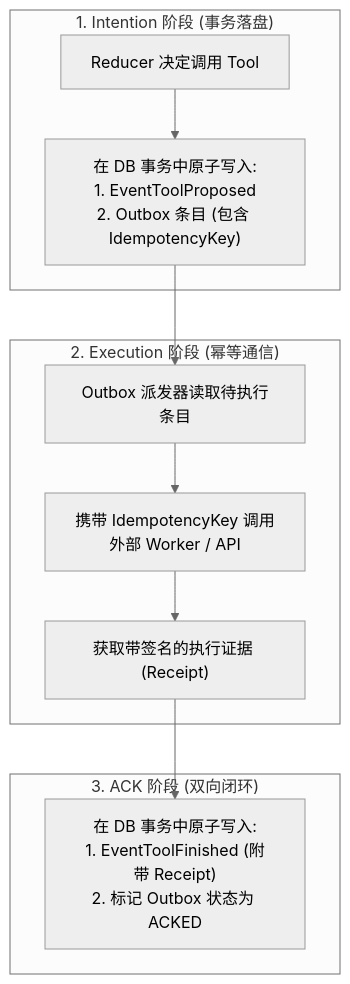
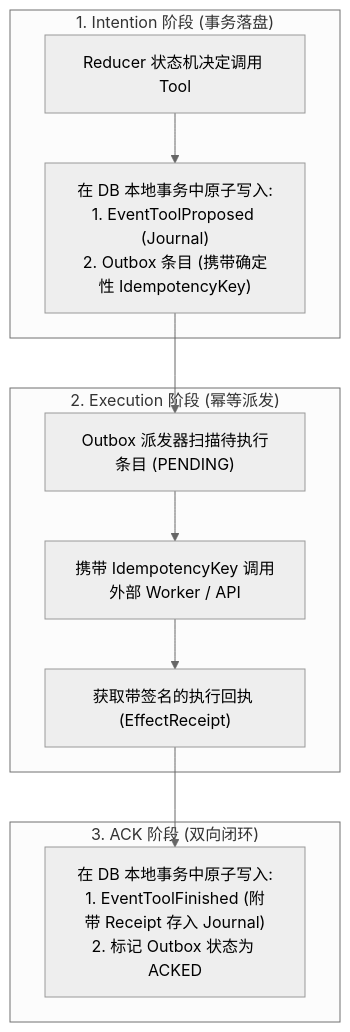
The second of 2 diagrams in content/posts/oract-02-reliable-effects-and-outbox.md (MoreConsequence/MoreConsequence.github.io), drawn with Mermaid (neutral theme) before and after one commit. The commit also changed other lines of this file and 11 other files, not shown here.

````diff
--- a/content/posts/oract-02-reliable-effects-and-outbox.md
+++ b/content/posts/oract-02-reliable-effects-and-outbox.md
@@ -48,16 +48,16 @@
 ```mermaid
 flowchart TD
     subgraph Phase1["1. Intention 阶段 (事务落盘)"]
-        Decide["Reducer 决定调用 Tool"] --> WriteOutbox["在 DB 事务中原子写入:<br/>1. EventToolProposed<br/>2. Outbox 条目 (包含 IdempotencyKey)"]
+        Decide["Reducer 状态机决定调用 Tool"] --> WriteOutbox["在 DB 本地事务中原子写入:<br/>1. EventToolProposed (Journal)<br/>2. Outbox 条目 (携带确定性 IdempotencyKey)"]
     end
 
-    subgraph Phase2["2. Execution 阶段 (幂等通信)"]
-        WriteOutbox --> Dispatcher["Outbox 派发器读取待执行条目"]
+    subgraph Phase2["2. Execution 阶段 (幂等派发)"]
+        WriteOutbox --> Dispatcher["Outbox 派发器扫描待执行条目 (PENDING)"]
         Dispatcher --> CallWorker["携带 IdempotencyKey 调用外部 Worker / API"]
-        CallWorker --> GetReceipt["获取带签名的执行证据 (Receipt)"]
+        CallWorker --> GetReceipt["获取带签名的执行回执 (EffectReceipt)"]
     end
 
     subgraph Phase3["3. ACK 阶段 (双向闭环)"]
-        GetReceipt --> WriteResult["在 DB 事务中原子写入:<br/>1. EventToolFinished (附带 Receipt)<br/>2. 标记 Outbox 状态为 ACKED"]
+        GetReceipt --> WriteResult["在 DB 本地事务中原子写入:<br/>1. EventToolFinished (附带 Receipt 存入 Journal)<br/>2. 标记 Outbox 状态为 ACKED"]
     end
 ```
````
